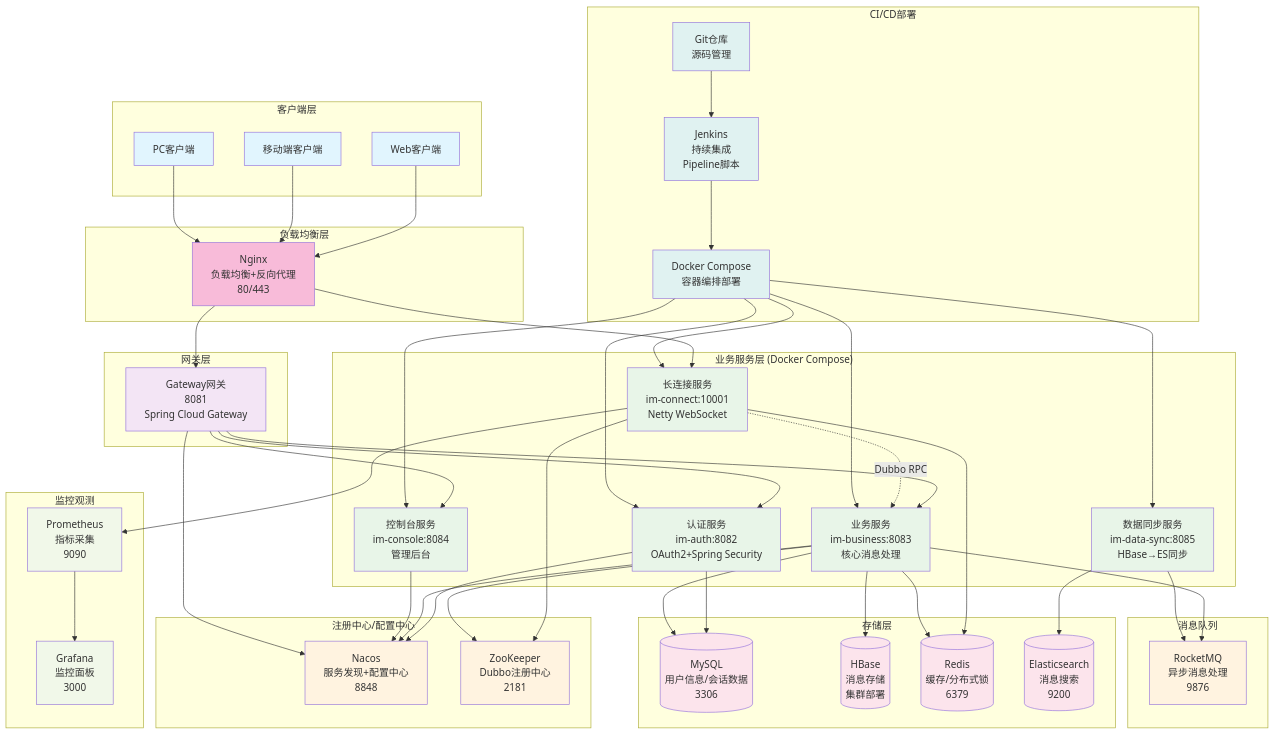
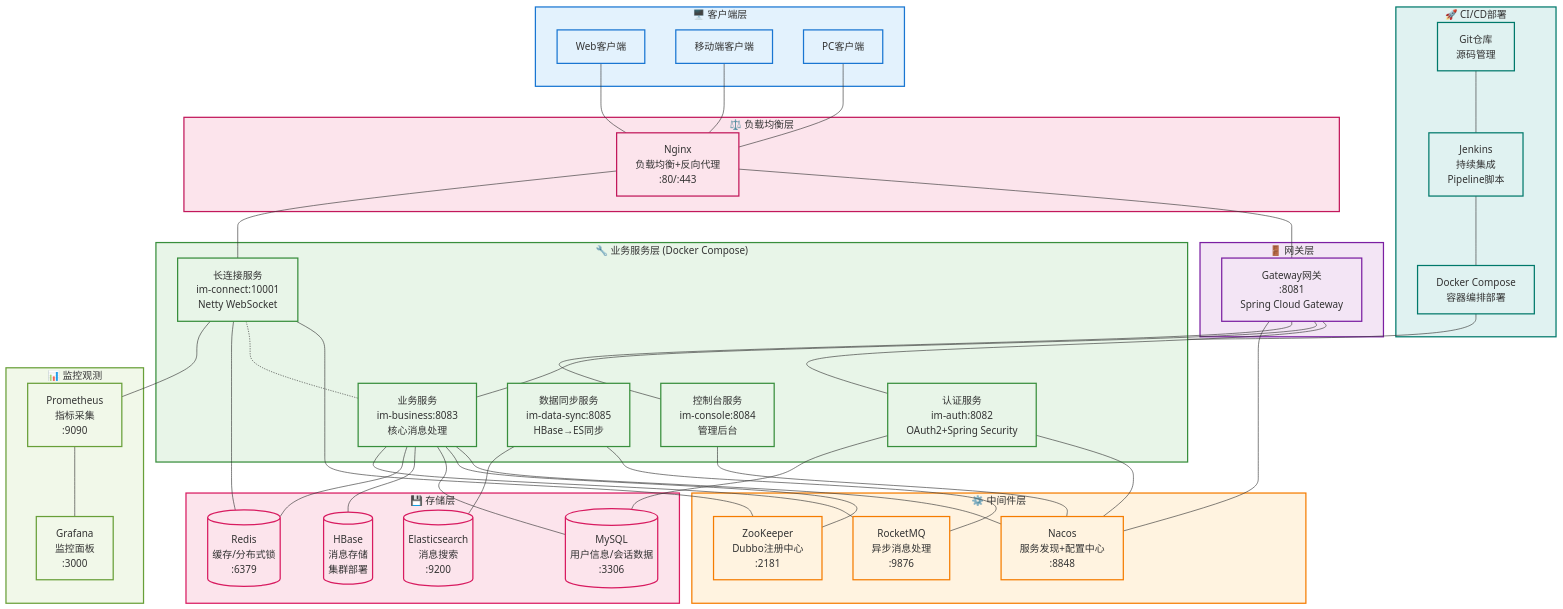
The first of 4 diagrams in 系统架构图.md (598572/xzll-im-server), drawn with Mermaid before and after one commit. The commit also changed other lines of this file and 1 other file, not shown here.

Commit message:
系统架构图编辑

````diff
--- a/系统架构图.md
+++ b/系统架构图.md
@@ -11,126 +11,121 @@
 ```mermaid
-graph TB
+flowchart TD
     %% 客户端层
-    subgraph "客户端层"
-        WEB[Web客户端]
-        MOBILE[移动端客户端]
-        PC[PC客户端]
+    subgraph CLIENT ["🖥️ 客户端层"]
+        WEB["Web客户端"]
+        MOBILE["移动端客户端"] 
+        PC["PC客户端"]
     end
 
     %% 负载均衡层
-    subgraph "负载均衡层"
-        NGINX[Nginx<br/>负载均衡+反向代理<br/>80/443]
+    subgraph PROXY ["⚖️ 负载均衡层"]
+        NGINX["Nginx<br/>负载均衡+反向代理<br/>:80/:443"]
     end
 
-    %% 网关层
-    subgraph "网关层"
-        GW[Gateway网关<br/>8081<br/>Spring Cloud Gateway]
+    %% 网关层  
+    subgraph GATEWAY ["🚪 网关层"]
+        GW["Gateway网关<br/>:8081<br/>Spring Cloud Gateway"]
     end
 
-    %% 业务服务层 - Docker Compose部署
-    subgraph "业务服务层 (Docker Compose)"
-        AUTH[认证服务<br/>im-auth:8082<br/>OAuth2+Spring Security]
-        CONNECT[长连接服务<br/>im-connect:10001<br/>Netty WebSocket]
-        BUSINESS[业务服务<br/>im-business:8083<br/>核心消息处理]
-        CONSOLE[控制台服务<br/>im-console:8084<br/>管理后台]
-        DATASYNC[数据同步服务<br/>im-data-sync:8085<br/>HBase→ES同步]
+    %% 业务服务层
+    subgraph SERVICES ["🔧 业务服务层 (Docker Compose)"]
+        AUTH["认证服务<br/>im-auth:8082<br/>OAuth2+Spring Security"]
+        CONNECT["长连接服务<br/>im-connect:10001<br/>Netty WebSocket"]
+        BUSINESS["业务服务<br/>im-business:8083<br/>核心消息处理"]
+        CONSOLE["控制台服务<br/>im-console:8084<br/>管理后台"]
+        DATASYNC["数据同步服务<br/>im-data-sync:8085<br/>HBase→ES同步"]
     end
 
     %% 中间件层
-    subgraph "注册中心/配置中心"
-        NACOS[Nacos<br/>服务发现+配置中心<br/>8848]
-        ZK[ZooKeeper<br/>Dubbo注册中心<br/>2181]
-    end
-
-    subgraph "消息队列"
-        RMQ[RocketMQ<br/>异步消息处理<br/>9876]
+    subgraph MIDDLEWARE ["⚙️ 中间件层"]
+        NACOS["Nacos<br/>服务发现+配置中心<br/>:8848"]
+        ZK["ZooKeeper<br/>Dubbo注册中心<br/>:2181"]
+        RMQ["RocketMQ<br/>异步消息处理<br/>:9876"]
     end
 
     %% 存储层
-    subgraph "存储层"
-        MYSQL[(MySQL<br/>用户信息/会话数据<br/>3306)]
-        HBASE[(HBase<br/>消息存储<br/>集群部署)]
-        REDIS[(Redis<br/>缓存/分布式锁<br/>6379)]
-        ES[(Elasticsearch<br/>消息搜索<br/>9200)]
+    subgraph STORAGE ["💾 存储层"]
+        MYSQL[("MySQL<br/>用户信息/会话数据<br/>:3306")]
+        HBASE[("HBase<br/>消息存储<br/>集群部署")]
+        REDIS[("Redis<br/>缓存/分布式锁<br/>:6379")]
+        ES[("Elasticsearch<br/>消息搜索<br/>:9200")]
     end
 
     %% 监控层
-    subgraph "监控观测"
-        PROMETHEUS[Prometheus<br/>指标采集<br/>9090]
-        GRAFANA[Grafana<br/>监控面板<br/>3000]
+    subgraph MONITOR ["📊 监控观测"]
+        PROMETHEUS["Prometheus<br/>指标采集<br/>:9090"]
+        GRAFANA["Grafana<br/>监控面板<br/>:3000"]
     end
 
     %% CI/CD层
-    subgraph "CI/CD部署"
-        JENKINS[Jenkins<br/>持续集成<br/>Pipeline脚本]
-        DOCKER[Docker Compose<br/>容器编排部署]
-        GIT[Git仓库<br/>源码管理]
+    subgraph CICD ["🚀 CI/CD部署"]
+        GIT["Git仓库<br/>源码管理"]
+        JENKINS["Jenkins<br/>持续集成<br/>Pipeline脚本"]
+        DOCKER["Docker Compose<br/>容器编排部署"]
     end
 
-    %% 连接关系
-    WEB --> NGINX
-    MOBILE --> NGINX
-    PC --> NGINX
+    %% 客户端连接
+    WEB --- NGINX
+    MOBILE --- NGINX
+    PC --- NGINX
 
-    NGINX --> GW
-    NGINX --> CONNECT
+    %% 网关连接
+    NGINX --- GW
+    NGINX --- CONNECT
 
-    GW --> AUTH
-    GW --> BUSINESS
-    GW --> CONSOLE
+    %% 服务连接
+    GW --- AUTH
+    GW --- BUSINESS
+    GW --- CONSOLE
 
     %% 服务注册发现
-    AUTH --> NACOS
-    BUSINESS --> NACOS
-    CONSOLE --> NACOS
-    GW --> NACOS
+    AUTH --- NACOS
+    BUSINESS --- NACOS
+    CONSOLE --- NACOS
+    GW --- NACOS
 
-    %% Dubbo RPC
-    CONNECT --> ZK
-    BUSINESS --> ZK
-    CONNECT -.->|Dubbo RPC| BUSINESS
+    %% RPC连接
+    CONNECT --- ZK
+    BUSINESS --- ZK
+    CONNECT -.- BUSINESS
 
-    %% 数据存储
-    AUTH --> MYSQL
-    BUSINESS --> MYSQL
-    BUSINESS --> HBASE
-    CONNECT --> REDIS
-    BUSINESS --> REDIS
+    %% 存储连接
+    AUTH --- MYSQL
+    BUSINESS --- MYSQL
+    BUSINESS --- HBASE
+    CONNECT --- REDIS
+    BUSINESS --- REDIS
 
     %% 消息队列
-    BUSINESS --> RMQ
-    DATASYNC --> RMQ
-    DATASYNC --> ES
+    BUSINESS --- RMQ
+    DATASYNC --- RMQ
+    DATASYNC --- ES
 
-    %% 监控
-    CONNECT --> PROMETHEUS
-    PROMETHEUS --> GRAFANA
+    %% 监控连接
+    CONNECT --- PROMETHEUS
+    PROMETHEUS --- GRAFANA
 
     %% CI/CD流程
-    GIT --> JENKINS
-    JENKINS --> DOCKER
-    DOCKER --> AUTH
-    DOCKER --> CONNECT
-    DOCKER --> BUSINESS
-    DOCKER --> CONSOLE
-    DOCKER --> DATASYNC
+    GIT --- JENKINS
+    JENKINS --- DOCKER
+    DOCKER --- SERVICES
 
     %% 样式定义
-    classDef client fill:#e1f5fe
-    classDef proxy fill:#f8bbd9
-    classDef gateway fill:#f3e5f5
-    classDef service fill:#e8f5e8
-    classDef middleware fill:#fff3e0
-    classDef storage fill:#fce4ec
-    classDef monitor fill:#f1f8e9
-    classDef cicd fill:#e0f2f1
+    classDef clientStyle fill:#e3f2fd,stroke:#1976d2,stroke-width:2px
+    classDef proxyStyle fill:#fce4ec,stroke:#c2185b,stroke-width:2px
+    classDef gatewayStyle fill:#f3e5f5,stroke:#7b1fa2,stroke-width:2px
+    classDef serviceStyle fill:#e8f5e8,stroke:#388e3c,stroke-width:2px
+    classDef middlewareStyle fill:#fff3e0,stroke:#f57c00,stroke-width:2px
+    classDef storageStyle fill:#fce4ec,stroke:#d81b60,stroke-width:2px
+    classDef monitorStyle fill:#f1f8e9,stroke:#689f38,stroke-width:2px
+    classDef cicdStyle fill:#e0f2f1,stroke:#00796b,stroke-width:2px
 
-    class WEB,MOBILE,PC client
-    class NGINX proxy
-    class GW gateway
-    class AUTH,CONNECT,BUSINESS,CONSOLE,DATASYNC service
-    class NACOS,ZK,RMQ middleware
-    class MYSQL,HBASE,REDIS,ES storage
-    class PROMETHEUS,GRAFANA monitor
-    class JENKINS,DOCKER,GIT cicd
+    class CLIENT,WEB,MOBILE,PC clientStyle
+    class PROXY,NGINX proxyStyle
+    class GATEWAY,GW gatewayStyle
+    class SERVICES,AUTH,CONNECT,BUSINESS,CONSOLE,DATASYNC serviceStyle
+    class MIDDLEWARE,NACOS,ZK,RMQ middlewareStyle
+    class STORAGE,MYSQL,HBASE,REDIS,ES storageStyle
+    class MONITOR,PROMETHEUS,GRAFANA monitorStyle
+    class CICD,JENKINS,DOCKER,GIT cicdStyle
 ```
````
